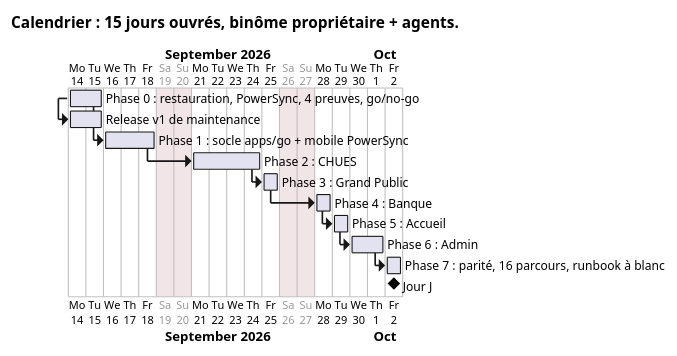
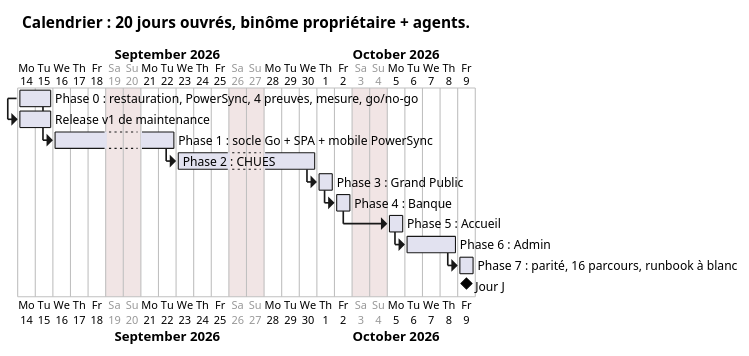
One commit to Compagnie-Prestige-Immobilier/crm-monorepo changed the diagram in docs/v2-refonte/diagrammes/07-calendrier.puml. Above: the diagram before and after it, drawn with PlantUML. The commit also changed 9 other files, not shown here.

```diff
--- a/docs/v2-refonte/diagrammes/07-calendrier.puml
+++ b/docs/v2-refonte/diagrammes/07-calendrier.puml
@@ -1,26 +1,26 @@
 @startgantt 07-calendrier
-title Calendrier : 15 jours ouvrés, binôme propriétaire + agents.
+title Calendrier : 20 jours ouvrés, binôme propriétaire + agents.
 printscale daily
 saturday are closed
 sunday are closed
 Project starts 2026-09-14
 
-[Phase 0 : restauration, PowerSync, 4 preuves, go/no-go] lasts 2 days
+[Phase 0 : restauration, PowerSync, 4 preuves, mesure, go/no-go] lasts 2 days
 [Release v1 de maintenance] lasts 2 days
-[Release v1 de maintenance] starts at [Phase 0 : restauration, PowerSync, 4 preuves, go/no-go]'s start
-[Phase 1 : socle apps/go + mobile PowerSync] lasts 3 days
-[Phase 1 : socle apps/go + mobile PowerSync] starts at [Phase 0 : restauration, PowerSync, 4 preuves, go/no-go]'s end
-[Phase 2 : CHUES] lasts 4 days
-[Phase 2 : CHUES] starts at [Phase 1 : socle apps/go + mobile PowerSync]'s end
+[Release v1 de maintenance] starts at [Phase 0 : restauration, PowerSync, 4 preuves, mesure, go/no-go]'s start
+[Phase 1 : socle Go + SPA + mobile PowerSync] lasts 5 days
+[Phase 1 : socle Go + SPA + mobile PowerSync] starts at [Phase 0 : restauration, PowerSync, 4 preuves, mesure, go/no-go]'s end
+[Phase 2 : CHUES] lasts 6 days
+[Phase 2 : CHUES] starts at [Phase 1 : socle Go + SPA + mobile PowerSync]'s end
 [Phase 3 : Grand Public] lasts 1 day
 [Phase 3 : Grand Public] starts at [Phase 2 : CHUES]'s end
 [Phase 4 : Banque] lasts 1 day
 [Phase 4 : Banque] starts at [Phase 3 : Grand Public]'s end
 [Phase 5 : Accueil] lasts 1 day
 [Phase 5 : Accueil] starts at [Phase 4 : Banque]'s end
-[Phase 6 : Admin] lasts 2 days
+[Phase 6 : Admin] lasts 3 days
 [Phase 6 : Admin] starts at [Phase 5 : Accueil]'s end
 [Phase 7 : parité, 16 parcours, runbook à blanc] lasts 1 day
 [Phase 7 : parité, 16 parcours, runbook à blanc] starts at [Phase 6 : Admin]'s end
 [Jour J] happens at [Phase 7 : parité, 16 parcours, runbook à blanc]'s end
 @endgantt
```
